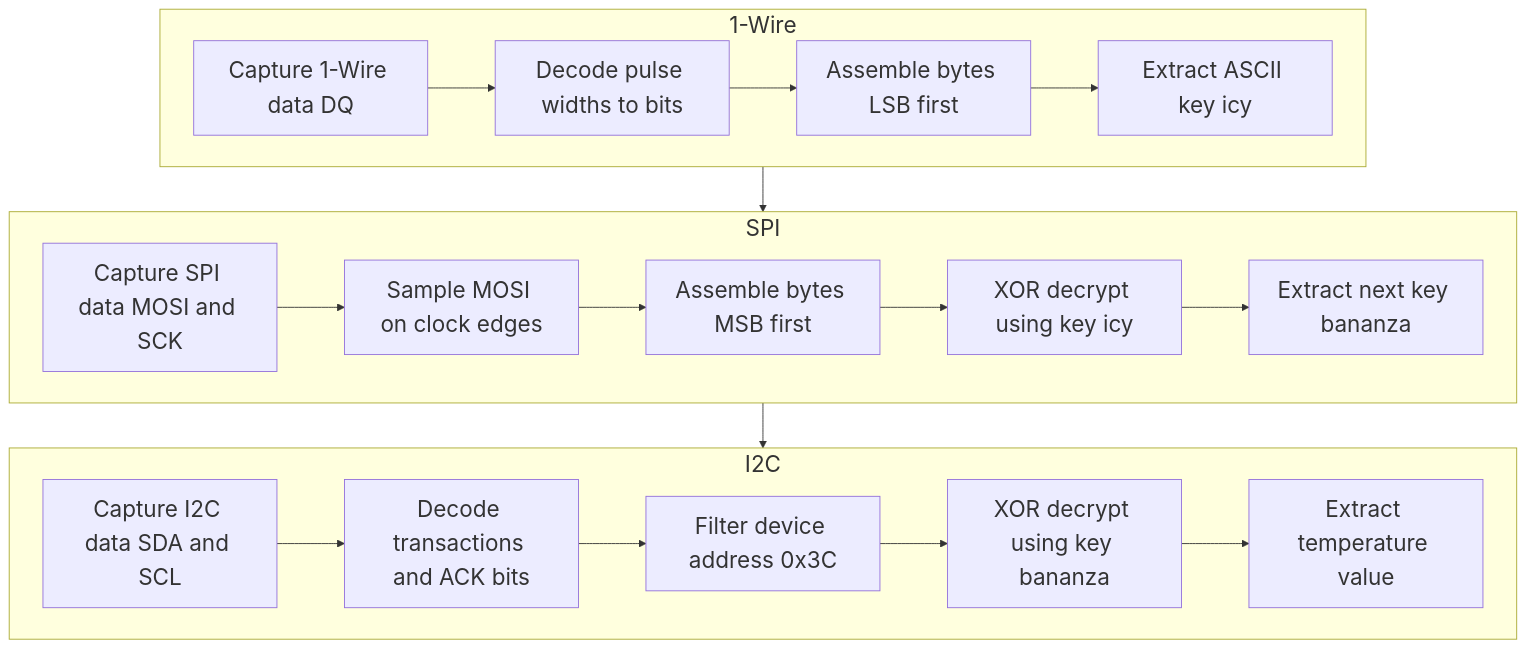
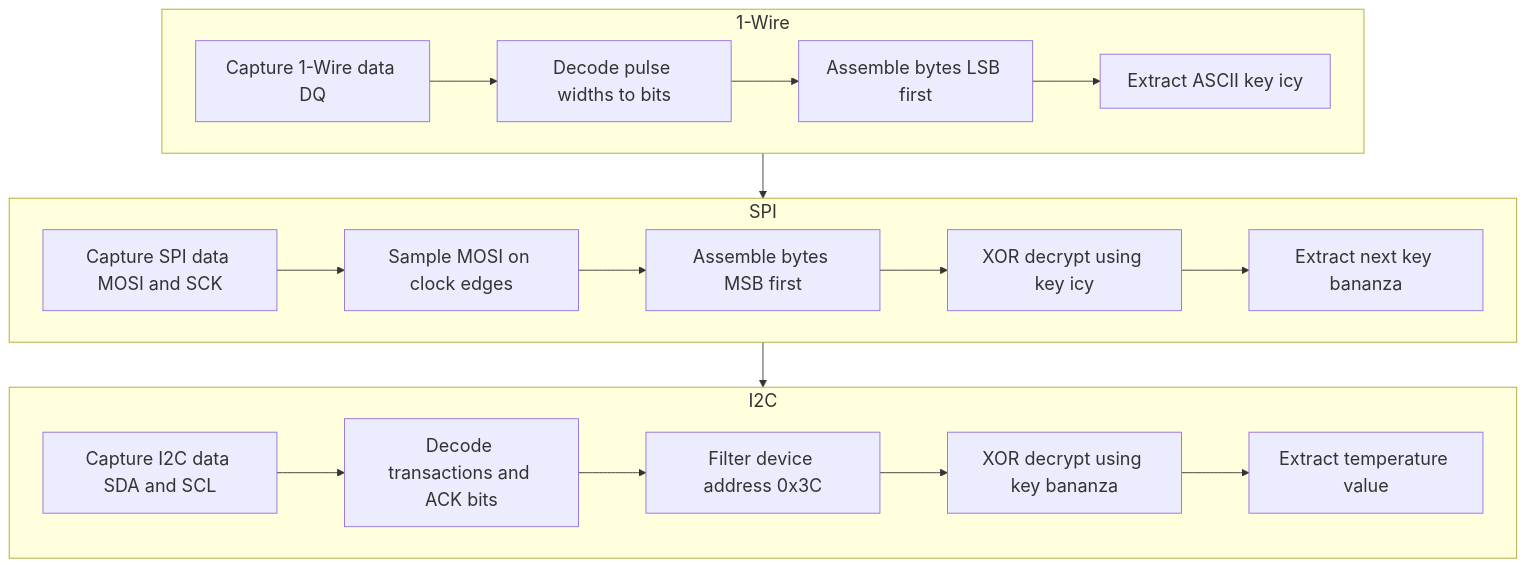
One commit to ashishmgupta/hhc2025 changed the diagram in docs/objectives/On-the-Wire.md. Above: the diagram before and after it, drawn with Mermaid. The commit also changed other lines of this file and 29 other files, not shown here.

````diff
--- a/docs/objectives/On-the-Wire.md
+++ b/docs/objectives/On-the-Wire.md
@@ -122,39 +122,39 @@
 ```mermaid
 %%{init: {"themeVariables": {
-  "fontSize": "25px",
+  "fontSize": "20px",
   "nodeTextSize": "18px",
   "clusterTextSize": "22px"
 }}}%%
 flowchart TD
 
   subgraph Discover[1-Wire]
     direction LR
     A[Capture 1-Wire data DQ]
     B[Decode pulse widths to bits]
     C[Assemble bytes LSB first]
     D[Extract ASCII key icy]
     A --> B --> C --> D
   end
 
   subgraph Decode[SPI]
     direction LR
     E[Capture SPI data MOSI and SCK]
     F[Sample MOSI on clock edges]
     G[Assemble bytes MSB first]
     H[XOR decrypt using key icy]
     I[Extract next key bananza]
     E --> F --> G --> H --> I
   end
 
   subgraph Extract[I2C]
     direction LR
     J[Capture I2C data SDA and SCL]
     K[Decode transactions and ACK bits]
     L[Filter device address 0x3C]
     M[XOR decrypt using key bananza]
     N[Extract temperature value]
     J --> K --> L --> M --> N
   end
 
   Discover --> Decode --> Extract
 ```
````
